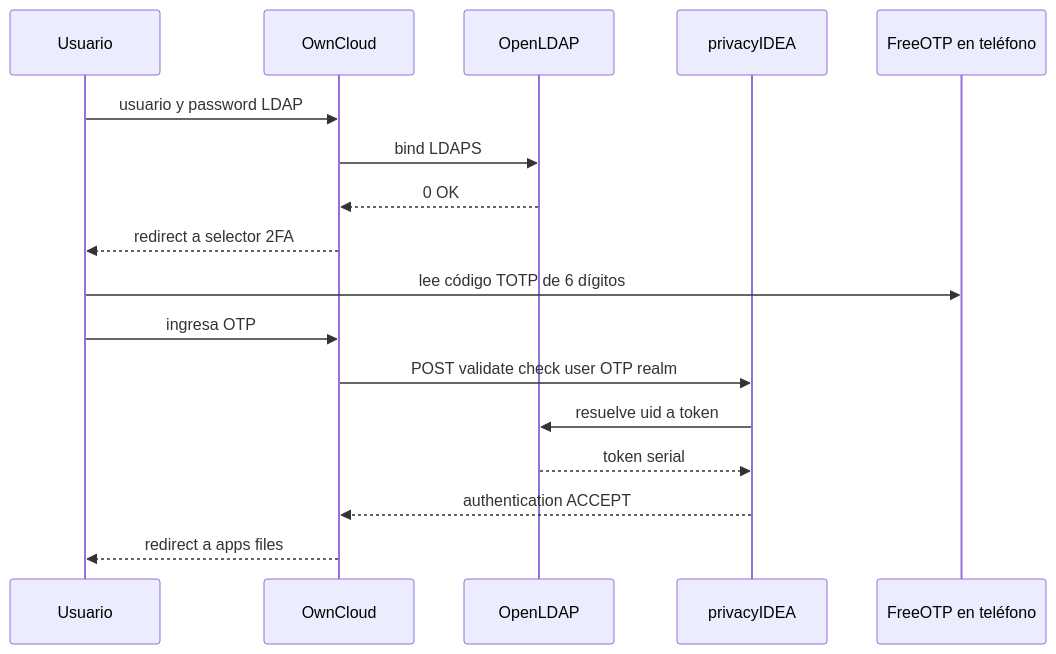
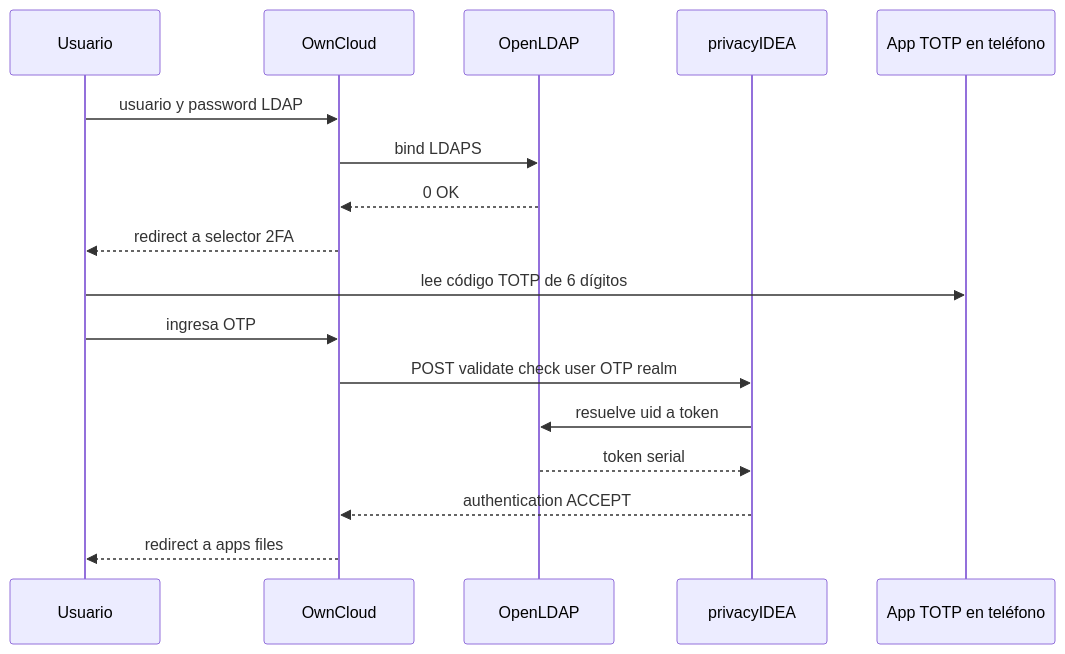
Before and after one commit to chochy2001/otp-secured-cloud: the second of 3 diagrams in docs/arquitectura.md, drawn with Mermaid. The commit also changed other lines of this file and 21 other files, not shown here.

````diff
--- a/docs/arquitectura.md
+++ b/docs/arquitectura.md
@@ -112,20 +112,20 @@
 ```mermaid
 sequenceDiagram
   participant U as Usuario
   participant OC as OwnCloud
   participant LD as OpenLDAP
   participant PI as privacyIDEA
-  participant FO as FreeOTP en teléfono
+  participant FO as App TOTP en teléfono
 
   U->>OC: usuario y password LDAP
   OC->>LD: bind LDAPS
   LD-->>OC: 0 OK
   OC-->>U: redirect a selector 2FA
   U->>FO: lee código TOTP de 6 dígitos
   U->>OC: ingresa OTP
   OC->>PI: POST validate check user OTP realm
   PI->>LD: resuelve uid a token
   LD-->>PI: token serial
   PI-->>OC: authentication ACCEPT
   OC-->>U: redirect a apps files
 ```
````
